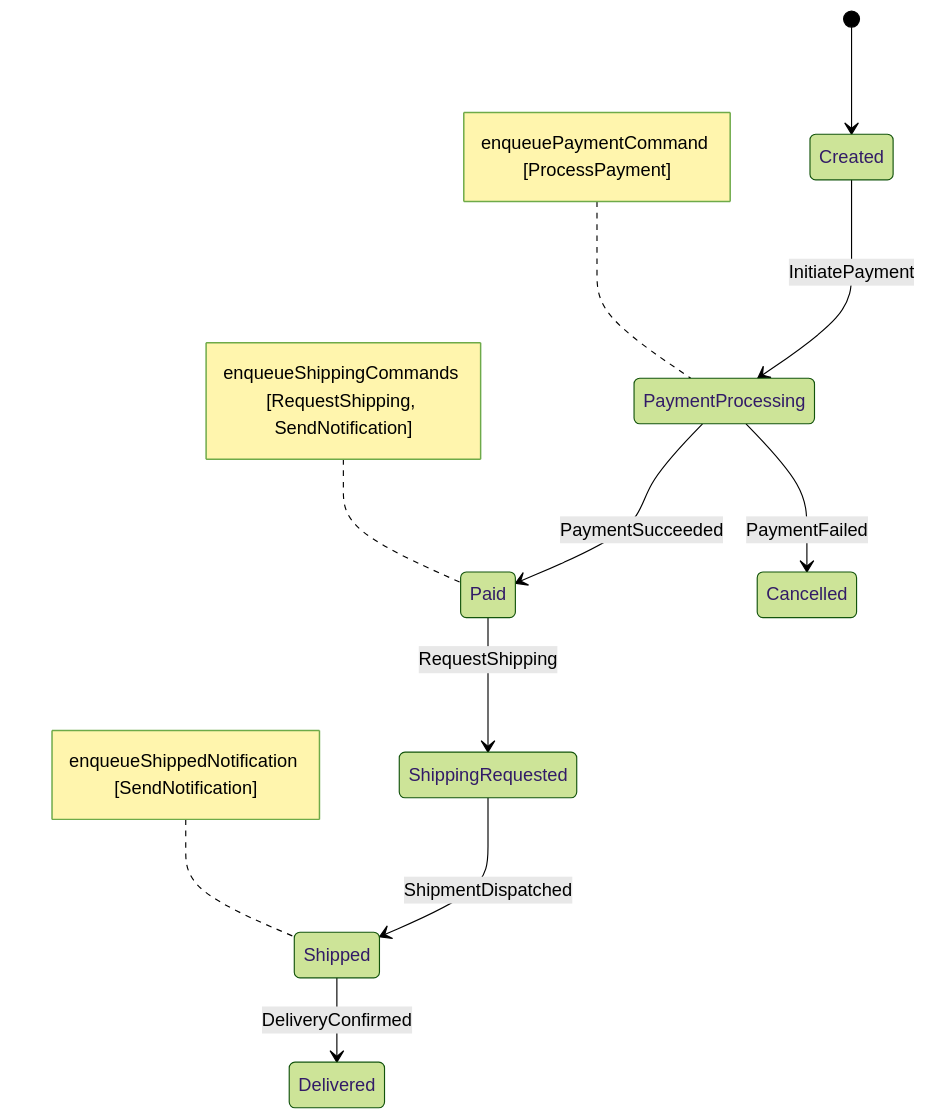
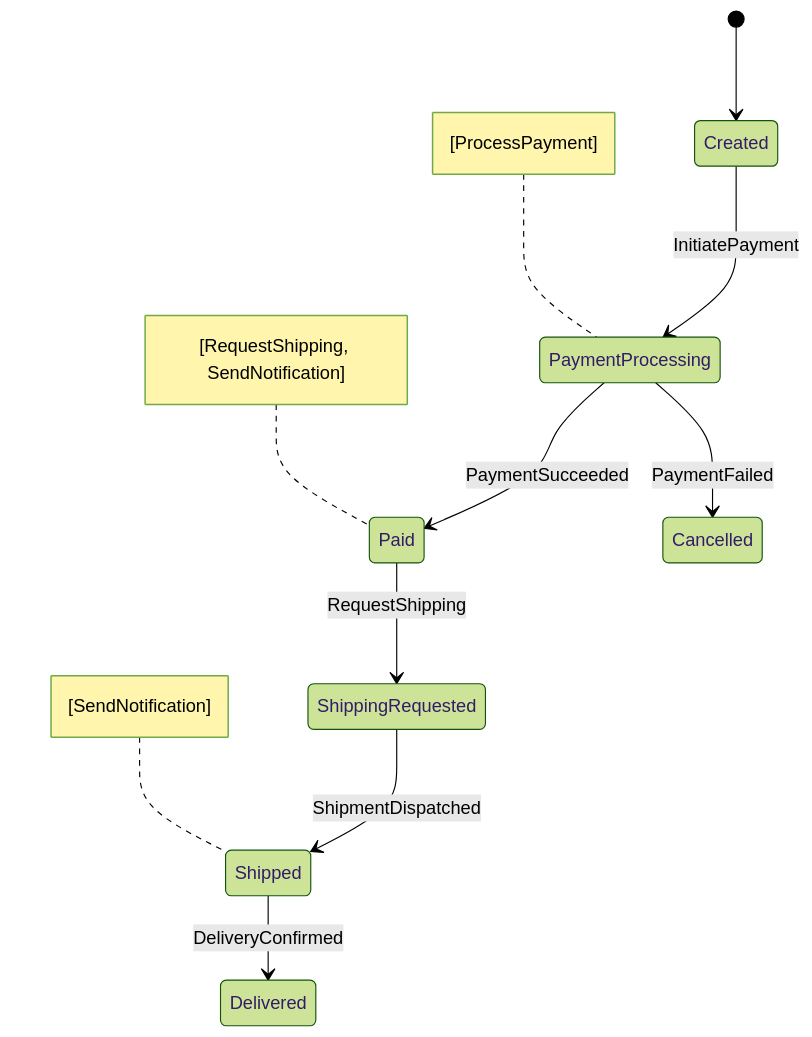
Before and after one commit to Iterable/mechanoid: the first of 3 diagrams in docs/visualizations/order-fsm-structure.md, drawn with Mermaid (forest theme). The commit also changed other lines of this file and 33 other files, not shown here.

````diff
--- a/docs/visualizations/order-fsm-structure.md
+++ b/docs/visualizations/order-fsm-structure.md
@@ -5,13 +5,13 @@
 ```mermaid
 stateDiagram-v2
     [*] --> Created
     Shipped --> Delivered: DeliveryConfirmed
     PaymentProcessing --> Paid: PaymentSucceeded
     PaymentProcessing --> Cancelled: PaymentFailed
     ShippingRequested --> Shipped: ShipmentDispatched
     Paid --> ShippingRequested: RequestShipping
     Created --> PaymentProcessing: InitiatePayment
-    note left of PaymentProcessing : enqueuePaymentCommand [ProcessPayment]
-    note left of Paid : enqueueShippingCommands [RequestShipping, SendNotification]
-    note left of Shipped : enqueueShippedNotification [SendNotification]
+    note left of PaymentProcessing : [ProcessPayment]
+    note left of Paid : [RequestShipping, SendNotification]
+    note left of Shipped : [SendNotification]
 ```
````
